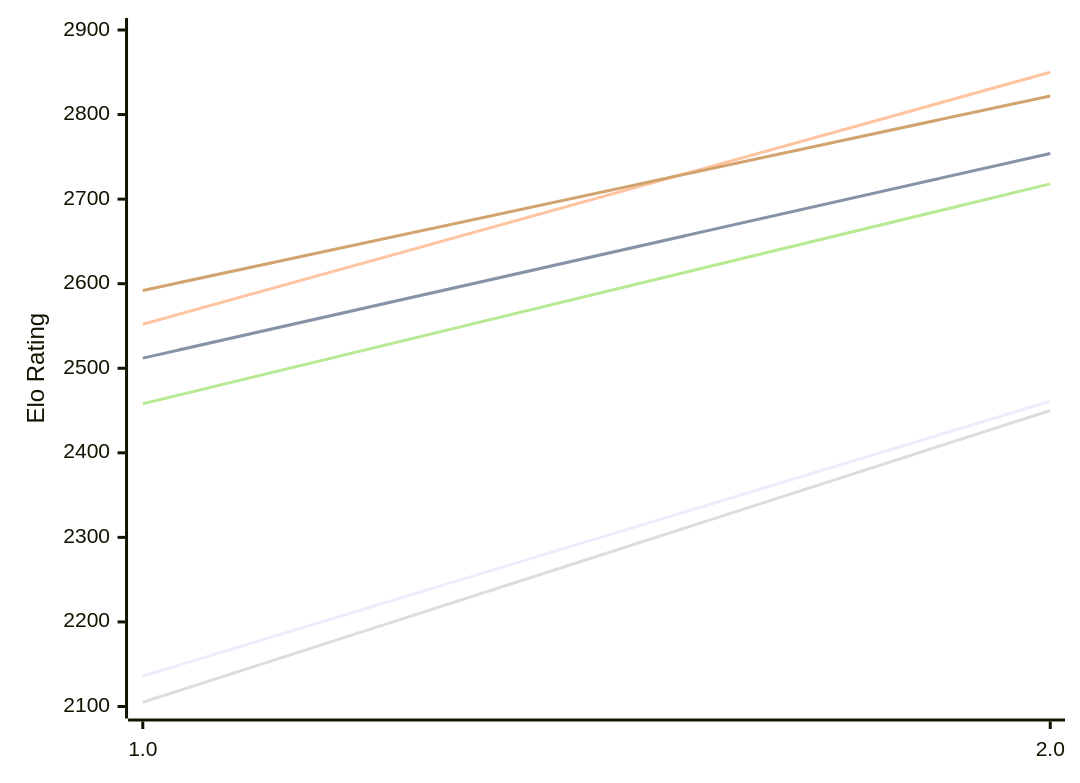
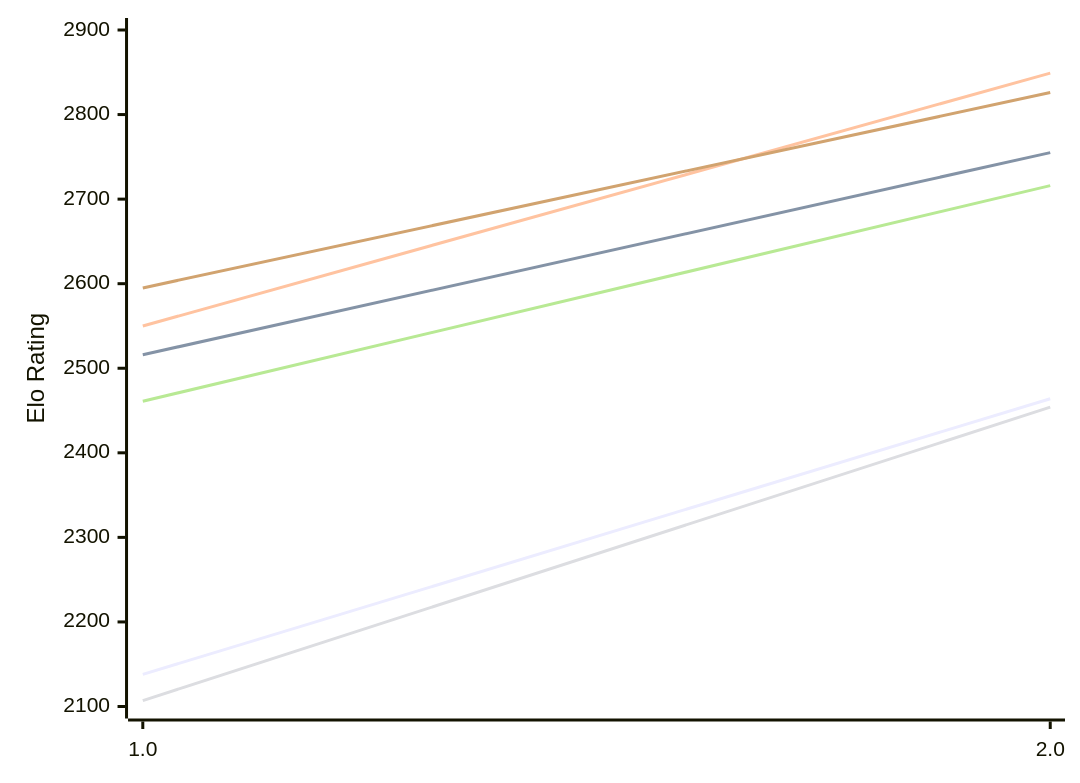
Before and after one commit to computer-chess-index/cci: the first of 2 diagrams in engines/Revolver.md, drawn with Mermaid. The commit also changed other lines of this file, not shown here.

Commit message:
Update CCI Ratings (ELO VLTC) - 2026-11-24

````diff
--- a/engines/Revolver.md
+++ b/engines/Revolver.md
@@ -50,12 +50,12 @@
 ```mermaid
 %%{init: {"theme":"base","themeVariables":{"seriesColors:['#a3a3a3','#222221','#faa371']}}}%%
 xychart-beta
   x-axis ["1.0", "2.0"]
   y-axis "Elo Rating" 2100 --> 2900
-  line "E1: STC (8.0+0.08s)" [2136, 2461]
-  line "E1: LTC (60.0+0.60s)" [2512, 2754]
-  line "E1: VLTC (2m24s+1.12s)" [2552, 2850]
-  line "P1: STC (8.0+0.08s)" [2105, 2450]
-  line "P1: LTC (60.0+0.60s)" [2458, 2718]
-  line "P1: VLTC (2m24s+1.12s)" [2592, 2822]
+  line "E1: STC (8.0+0.08s)" [2138, 2464]
+  line "E1: LTC (60.0+0.60s)" [2516, 2755]
+  line "E1: VLTC (2m24s+1.12s)" [2550, 2849]
+  line "P1: STC (8.0+0.08s)" [2107, 2454]
+  line "P1: LTC (60.0+0.60s)" [2461, 2716]
+  line "P1: VLTC (2m24s+1.12s)" [2595, 2826]
 ```
````
